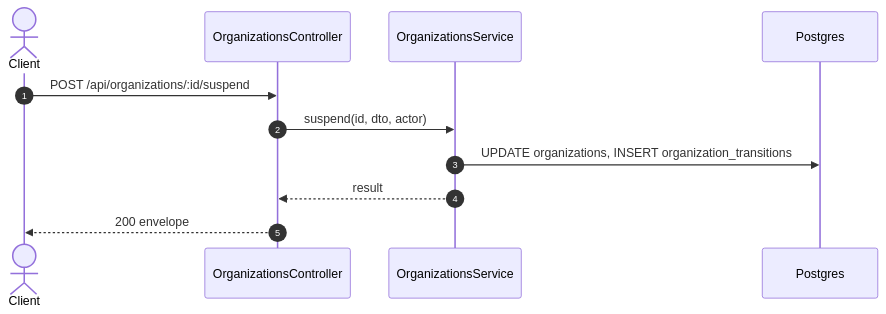
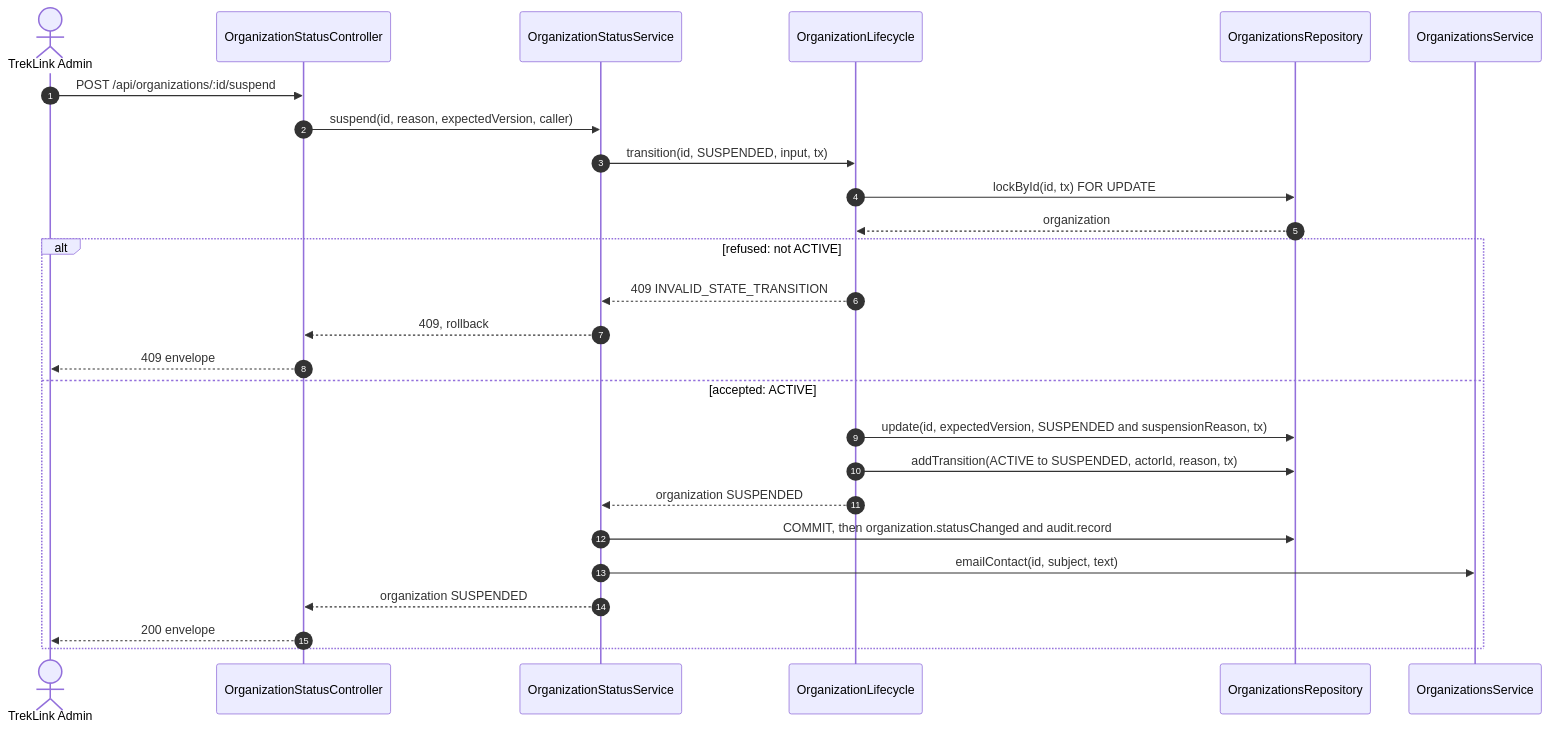
The second of 2 diagrams in specs/organizations/api-design/08-post-organizations-id-suspend.md (TrekLink-Team/treklink-web), drawn with Mermaid before and after one commit. The commit also changed other lines of this file and 7 other files, not shown here.

First line of the commit message:
docs: draw organizations api-design 08 to 11 from the status controller

````diff
--- a/specs/organizations/api-design/08-post-organizations-id-suspend.md
+++ b/specs/organizations/api-design/08-post-organizations-id-suspend.md
@@ -218,13 +220,28 @@
 ```mermaid
 sequenceDiagram
     autonumber
-    actor C as Client
-    participant Ctl as OrganizationsController
-    participant Svc as OrganizationsService
-    participant DB as Postgres
-    C->>Ctl: POST /api/organizations/:id/suspend
-    Ctl->>Svc: suspend(id, dto, actor)
-    Svc->>DB: UPDATE organizations, INSERT organization_transitions
-    Svc-->>Ctl: result
-    Ctl-->>C: 200 envelope
+    actor U as TrekLink Admin
+    participant Ctl as OrganizationStatusController
+    participant Svc as OrganizationStatusService
+    participant L as OrganizationLifecycle
+    participant R as OrganizationsRepository
+    participant O as OrganizationsService
+    U->>Ctl: POST /api/organizations/:id/suspend
+    Ctl->>Svc: suspend(id, reason, expectedVersion, caller)
+    Svc->>L: transition(id, SUSPENDED, input, tx)
+    L->>R: lockById(id, tx) FOR UPDATE
+    R-->>L: organization
+    alt refused: not ACTIVE
+        L-->>Svc: 409 INVALID_STATE_TRANSITION
+        Svc-->>Ctl: 409, rollback
+        Ctl-->>U: 409 envelope
+    else accepted: ACTIVE
+        L->>R: update(id, expectedVersion, SUSPENDED and suspensionReason, tx)
+        L->>R: addTransition(ACTIVE to SUSPENDED, actorId, reason, tx)
+        L-->>Svc: organization SUSPENDED
+        Svc->>R: COMMIT, then organization.statusChanged and audit.record
+        Svc->>O: emailContact(id, subject, text)
+        Svc-->>Ctl: organization SUSPENDED
+        Ctl-->>U: 200 envelope
+    end
 ```
````
